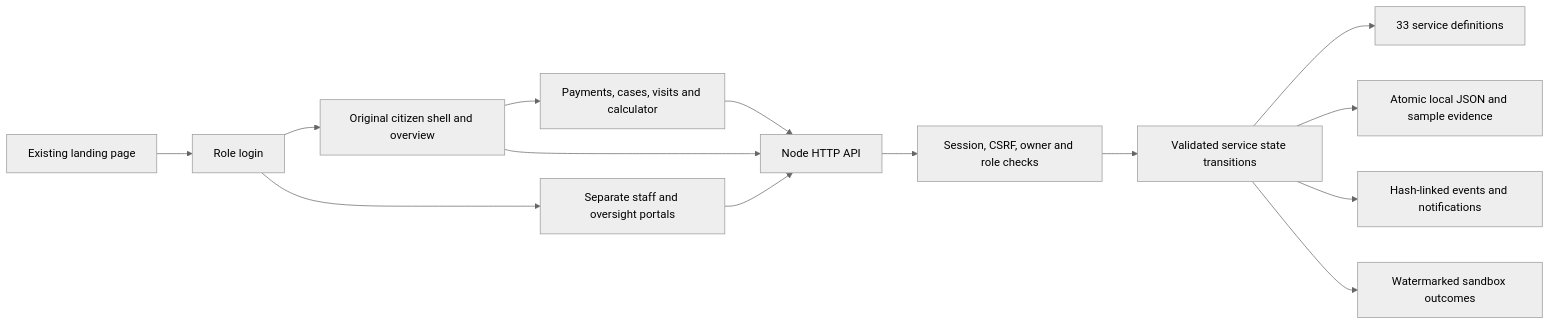
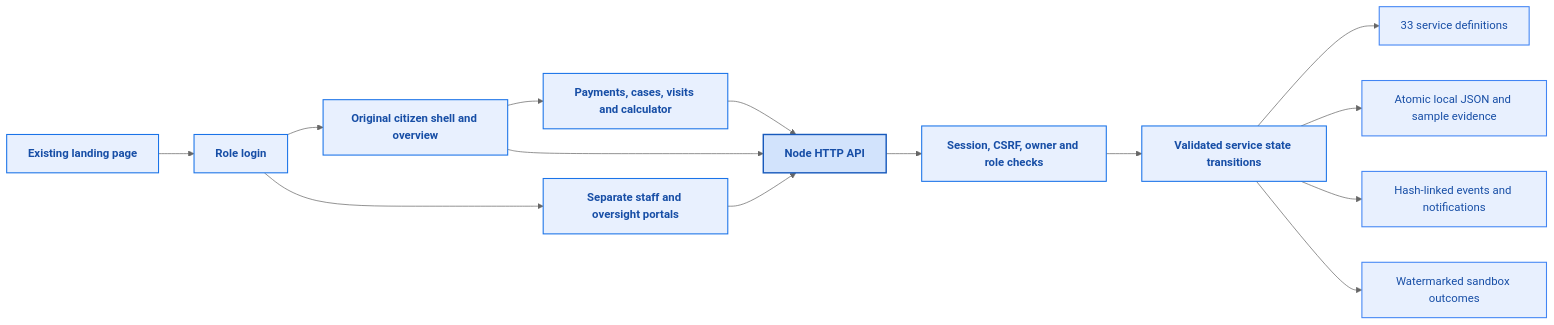
One commit to Shreyalien/E-Bhumi changed the second of 2 diagrams in README.md. Above: the diagram before and after it, drawn with Mermaid (neutral theme). The commit also changed 3 other files, not shown here.

Commit message:
Upgrade to e-Bhumi Reviewed v5.2: 19 citizen workspaces, blue architecture flow, and server-backed verification

````diff
--- a/README.md
+++ b/README.md
@@ -215,16 +215,20 @@
 ```mermaid
 flowchart LR
-    Public[Existing landing page] --> Login[Role login]
-    Login --> Citizen[Original citizen shell and overview]
-    Login --> Staff[Separate staff and oversight portals]
-    Citizen --> Tools[Payments, cases, visits and calculator]
-    Tools --> API[Node HTTP API]
+    classDef blueBox fill:#e8f0fe,stroke:#1a73e8,stroke-width:1.5px,color:#174ea6,font-weight:600;
+    classDef blueServer fill:#d2e3fc,stroke:#185abc,stroke-width:2px,color:#174ea6,font-weight:600;
+    classDef blueData fill:#e8f0fe,stroke:#4285f4,stroke-width:1.5px,color:#174ea6;
+
+    Public["Existing landing page"]:::blueBox --> Login["Role login"]:::blueBox
+    Login --> Citizen["Original citizen shell and overview"]:::blueBox
+    Login --> Staff["Separate staff and oversight portals"]:::blueBox
+    Citizen --> Tools["Payments, cases, visits and calculator"]:::blueBox
+    Tools --> API["Node HTTP API"]:::blueServer
     Citizen --> API
     Staff --> API
-    API --> Guards[Session, CSRF, owner and role checks]
-    Guards --> Workflows[Validated service state transitions]
-    Workflows --> Catalogue[33 service definitions]
-    Workflows --> Store[Atomic local JSON and sample evidence]
-    Workflows --> Audit[Hash-linked events and notifications]
-    Workflows --> Output[Watermarked sandbox outcomes]
+    API --> Guards["Session, CSRF, owner and role checks"]:::blueBox
+    Guards --> Workflows["Validated service state transitions"]:::blueBox
+    Workflows --> Catalogue["33 service definitions"]:::blueData
+    Workflows --> Store["Atomic local JSON and sample evidence"]:::blueData
+    Workflows --> Audit["Hash-linked events and notifications"]:::blueData
+    Workflows --> Output["Watermarked sandbox outcomes"]:::blueData
 ```
````
